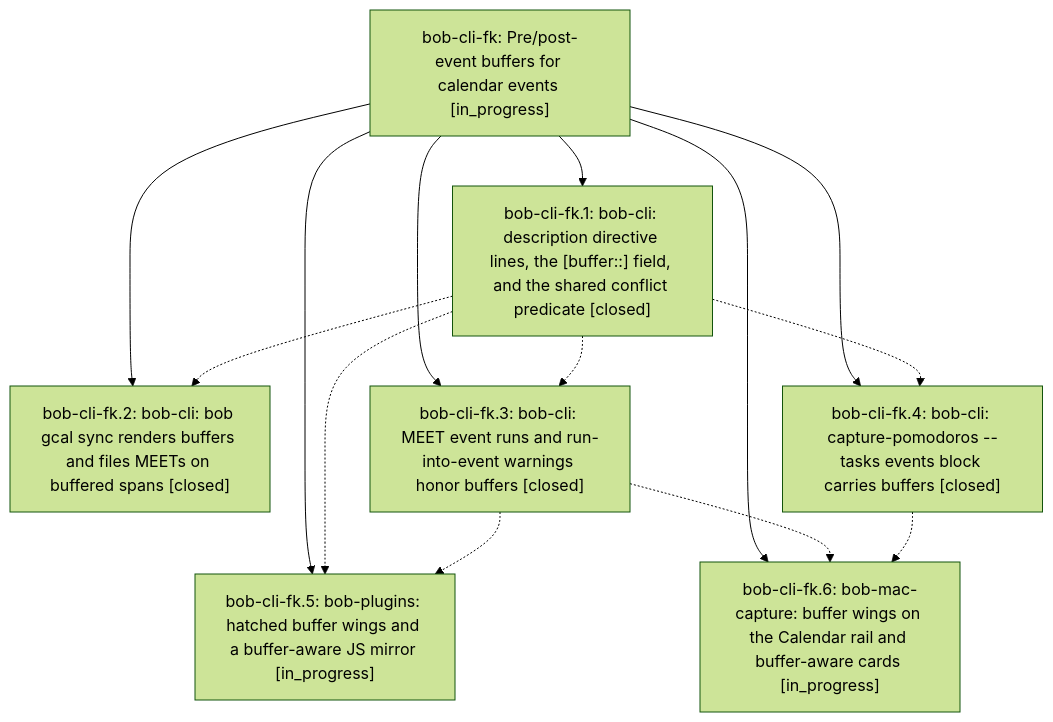
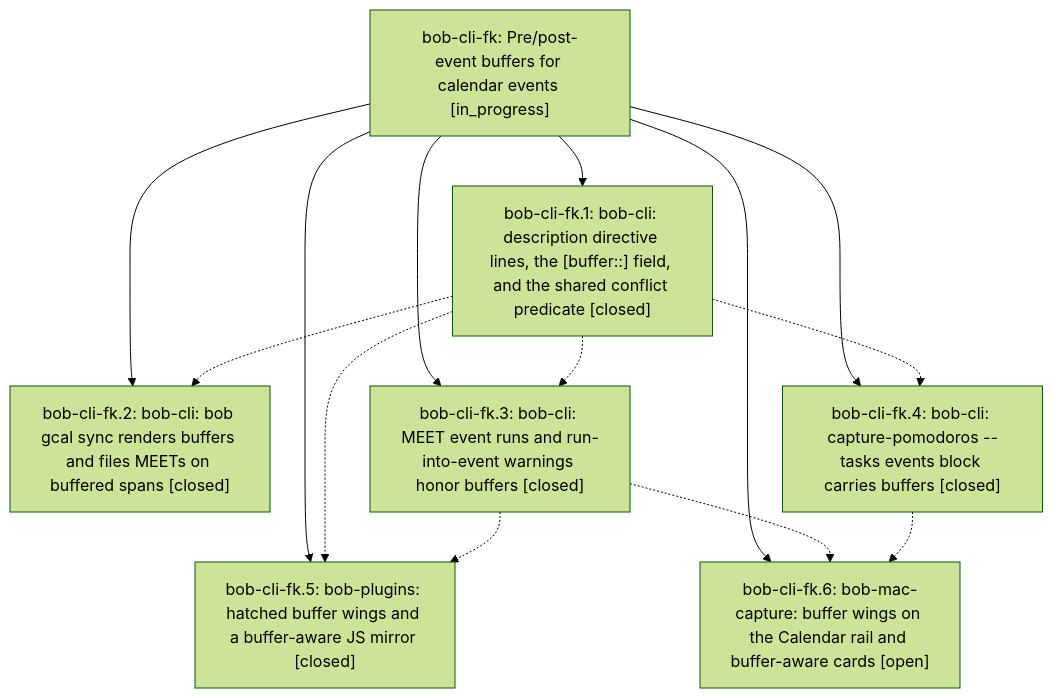
Before and after one commit to bobs-org/bob-cli--beads: the diagram in pages/bob-cli-fk/README.md, drawn with Mermaid (forest theme). The commit also changed other lines of this file and 5 other files, not shown here.

First line of the commit message:
chore(beads): sync bead state and pages for bob-cli-fk

````diff
--- a/pages/bob-cli-fk/README.md
+++ b/pages/bob-cli-fk/README.md
@@ -39,23 +39,23 @@
 ```mermaid
 flowchart TD
     n0["bob-cli-fk: Pre/post-event buffers for calendar events [in_progress]"]
     n1["bob-cli-fk.1: bob-cli: description directive lines, the [buffer::] field, and the shared conflict predicate [closed]"]
     n2["bob-cli-fk.2: bob-cli: bob gcal sync renders buffers and files MEETs on buffered spans [closed]"]
     n3["bob-cli-fk.3: bob-cli: MEET event runs and run-into-event warnings honor buffers [closed]"]
     n4["bob-cli-fk.4: bob-cli: capture-pomodoros --tasks events block carries buffers [closed]"]
-    n5["bob-cli-fk.5: bob-plugins: hatched buffer wings and a buffer-aware JS mirror [in_progress]"]
-    n6["bob-cli-fk.6: bob-mac-capture: buffer wings on the Calendar rail and buffer-aware cards [in_progress]"]
+    n5["bob-cli-fk.5: bob-plugins: hatched buffer wings and a buffer-aware JS mirror [closed]"]
+    n6["bob-cli-fk.6: bob-mac-capture: buffer wings on the Calendar rail and buffer-aware cards [open]"]
     n0 --> n1
     n0 --> n2
     n0 --> n3
     n0 --> n4
     n0 --> n5
     n0 --> n6
     n1 -.-> n2
     n1 -.-> n3
     n1 -.-> n4
     n1 -.-> n5
     n3 -.-> n5
     n3 -.-> n6
     n4 -.-> n6
 ```
````
